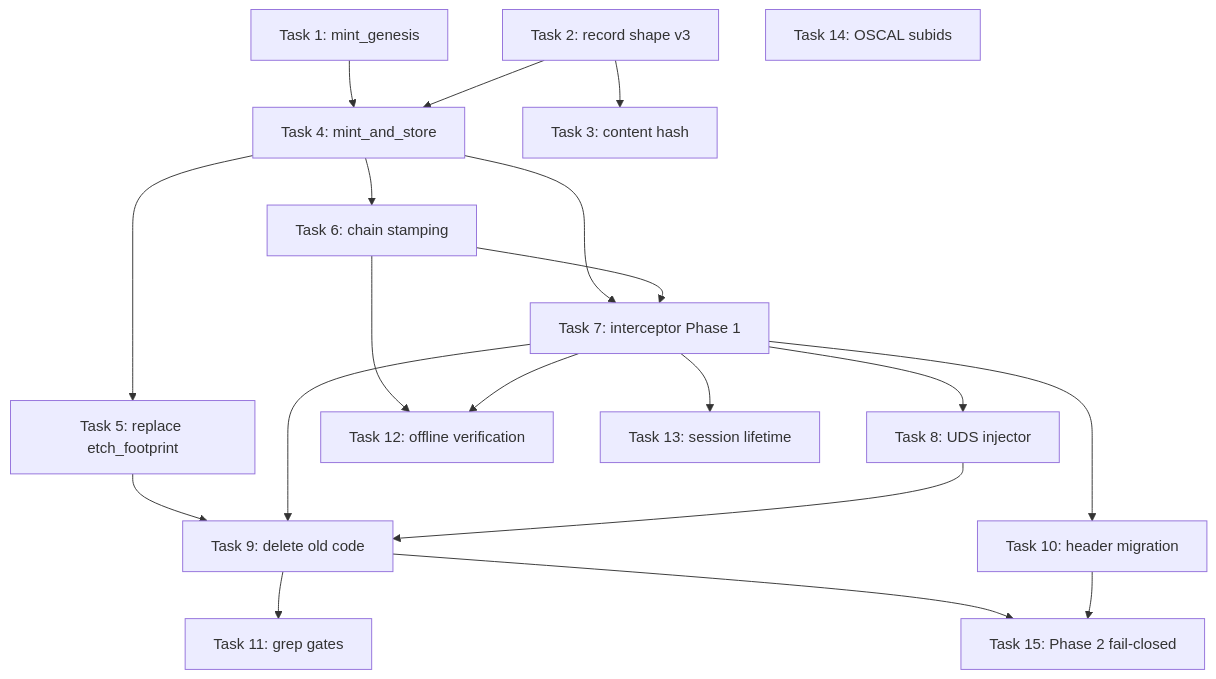
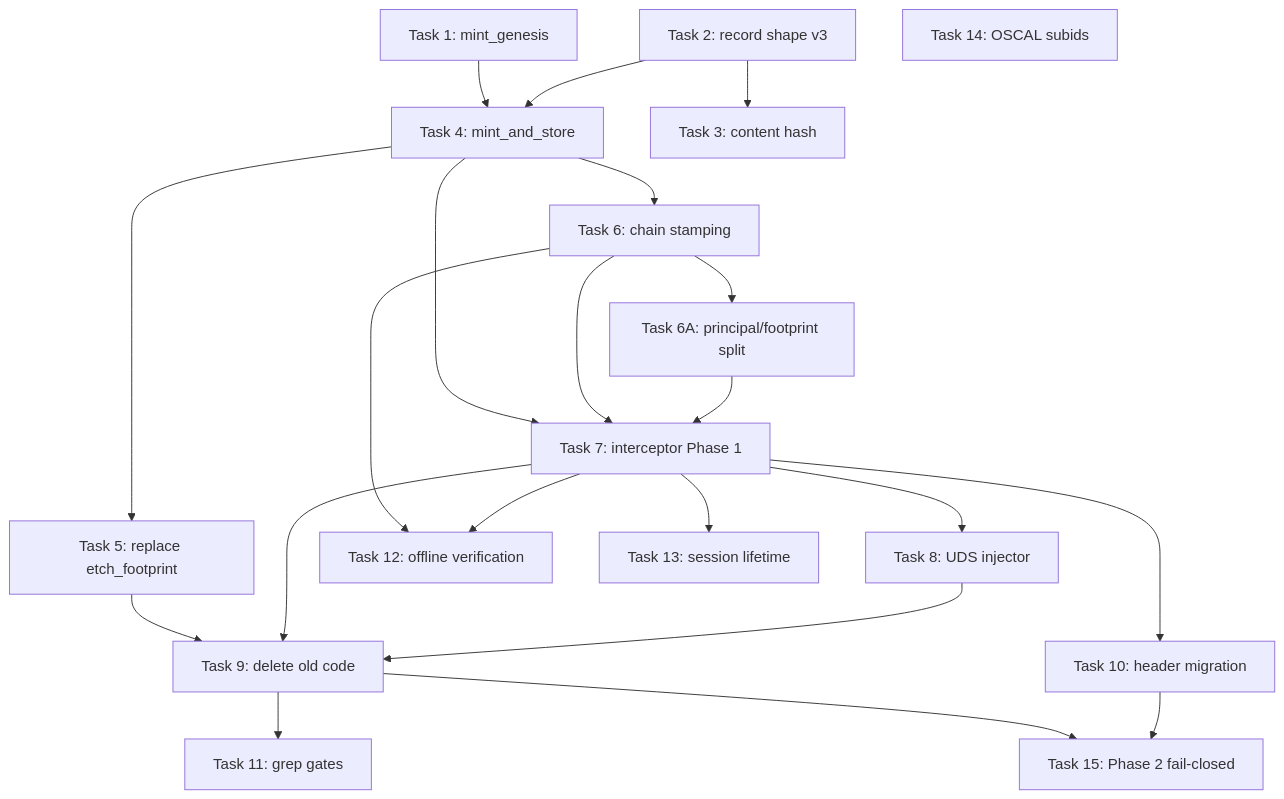
Before and after one commit to repr0bated/operation-dbus-proto: the diagram in .kiro/specs/session-genesis-identity/tasks.md, drawn with Mermaid. The commit also changed other lines of this file and 235 other files, not shown here.

````diff
--- a/.kiro/specs/session-genesis-identity/tasks.md
+++ b/.kiro/specs/session-genesis-identity/tasks.md
@@ -362,22 +417,24 @@
 ```mermaid
 graph TD
     T1[Task 1: mint_genesis] --> T4[Task 4: mint_and_store]
     T2[Task 2: record shape v3] --> T3[Task 3: content hash]
     T2 --> T4
     T4 --> T5[Task 5: replace etch_footprint]
     T4 --> T6[Task 6: chain stamping]
+    T6 --> T6A[Task 6A: principal/footprint split]
     T4 --> T7[Task 7: interceptor Phase 1]
     T6 --> T7
+    T6A --> T7
     T7 --> T8[Task 8: UDS injector]
     T5 --> T9[Task 9: delete old code]
     T7 --> T9
     T8 --> T9
     T7 --> T10[Task 10: header migration]
     T9 --> T11[Task 11: grep gates]
     T6 --> T12[Task 12: offline verification]
     T7 --> T12
     T7 --> T13[Task 13: session lifetime]
     T14[Task 14: OSCAL subids]
     T9 --> T15[Task 15: Phase 2 fail-closed]
     T10 --> T15
 ```
````
